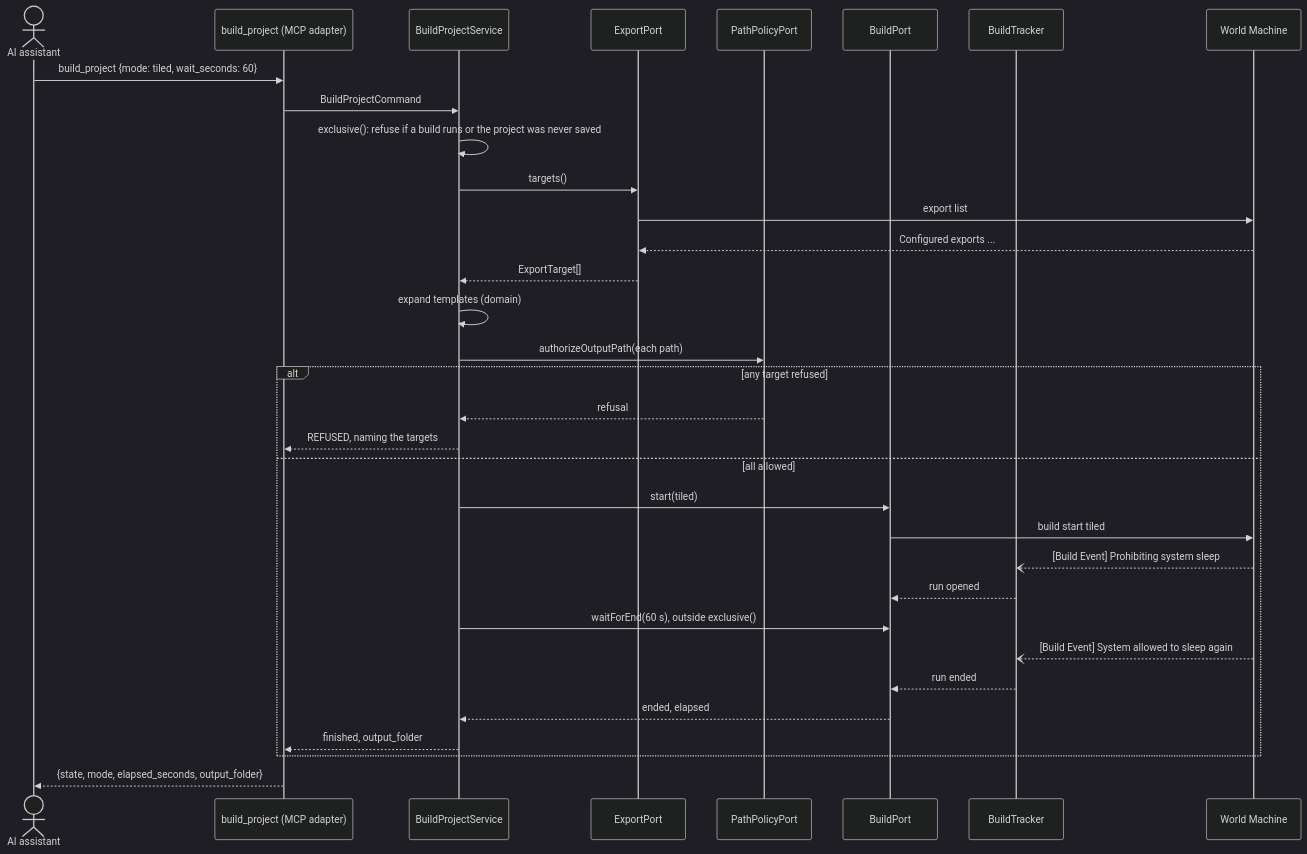
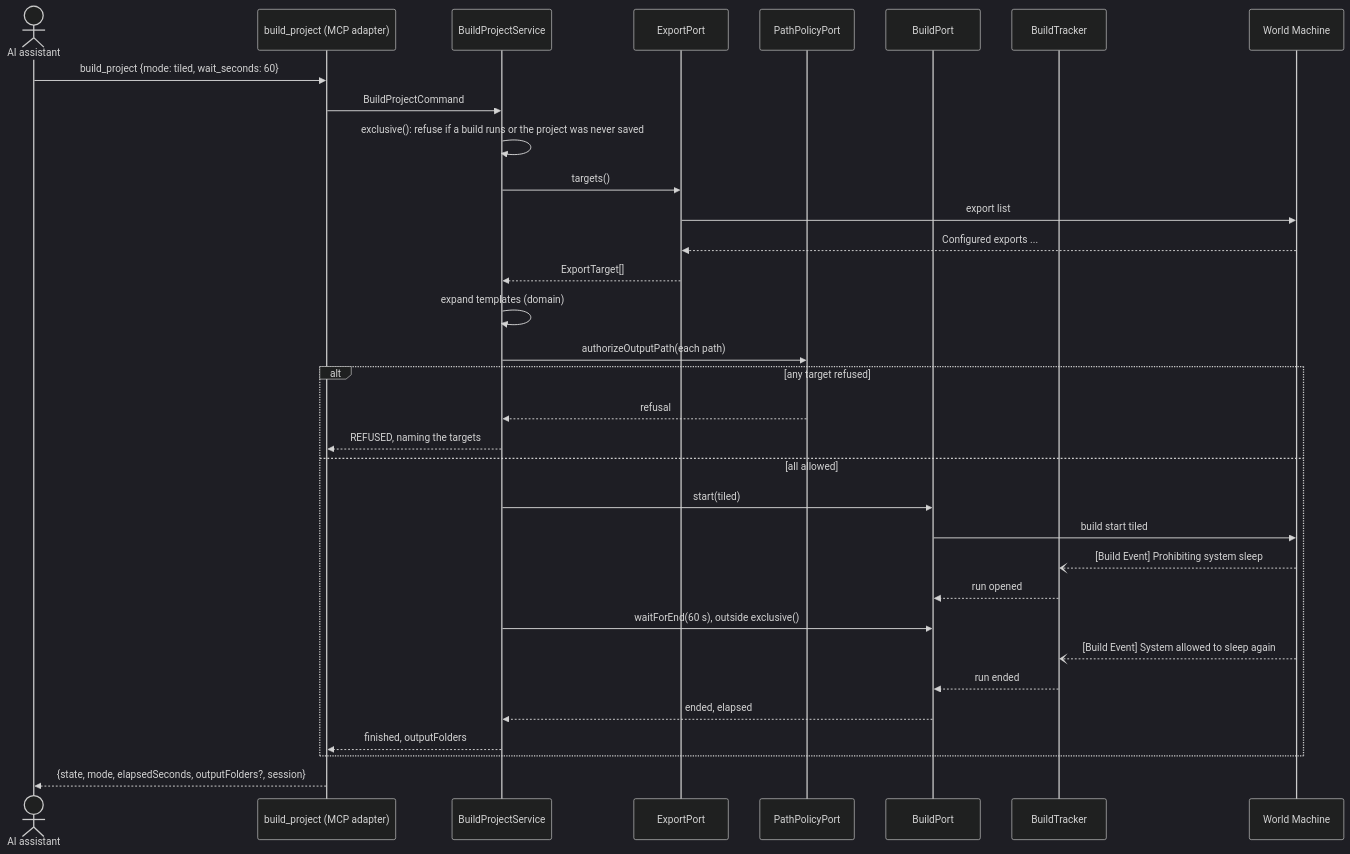
Before and after one commit to pveeckhout/worldmachine-mcp: the diagram in docs/superpowers/specs/2026-10-05-worldmachine-mcp-v2a-design.md, drawn with Mermaid (dark theme). The commit also changed other lines of this file and 35 other files, not shown here.

````diff
--- a/docs/superpowers/specs/2026-10-05-worldmachine-mcp-v2a-design.md
+++ b/docs/superpowers/specs/2026-10-05-worldmachine-mcp-v2a-design.md
@@ -93,36 +96,36 @@
 ```mermaid
 sequenceDiagram
   actor AI as AI assistant
   participant T as build_project (MCP adapter)
   participant S as BuildProjectService
   participant E as ExportPort
   participant P as PathPolicyPort
   participant B as BuildPort
   participant K as BuildTracker
   participant WM as World Machine
 
   AI->>T: build_project {mode: tiled, wait_seconds: 60}
   T->>S: BuildProjectCommand
   S->>S: exclusive(): refuse if a build runs or the project was never saved
   S->>E: targets()
   E->>WM: export list
   WM-->>E: Configured exports ...
   E-->>S: ExportTarget[]
   S->>S: expand templates (domain)
   S->>P: authorizeOutputPath(each path)
   alt any target refused
     P-->>S: refusal
     S-->>T: REFUSED, naming the targets
   else all allowed
     S->>B: start(tiled)
     B->>WM: build start tiled
     WM--)K: [Build Event] Prohibiting system sleep
     K-->>B: run opened
     S->>B: waitForEnd(60 s), outside exclusive()
     WM--)K: [Build Event] System allowed to sleep again
     K-->>B: run ended
     B-->>S: ended, elapsed
-    S-->>T: finished, output_folder
+    S-->>T: finished, outputFolders
   end
-  T-->>AI: {state, mode, elapsed_seconds, output_folder}
+  T-->>AI: {state, mode, elapsedSeconds, outputFolders?, session}
 ```
````
